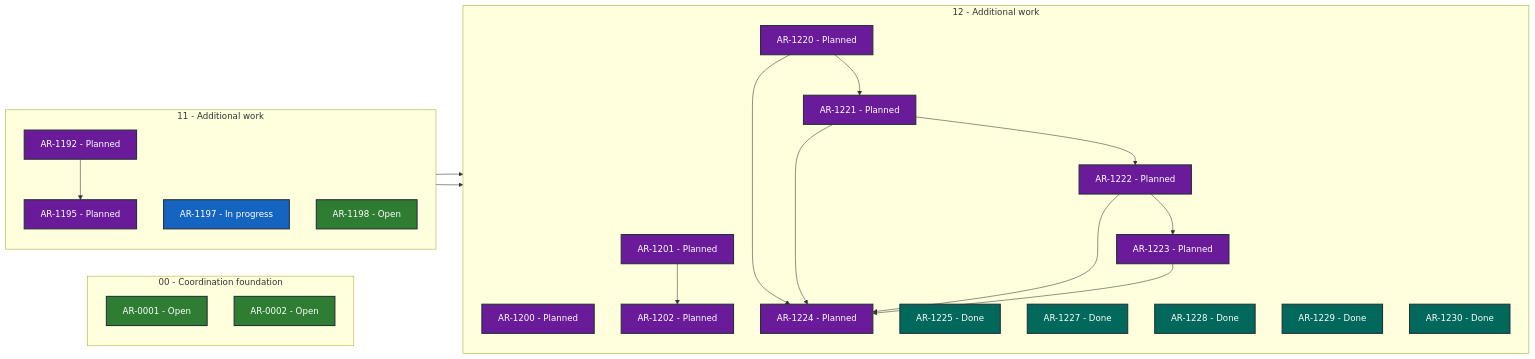
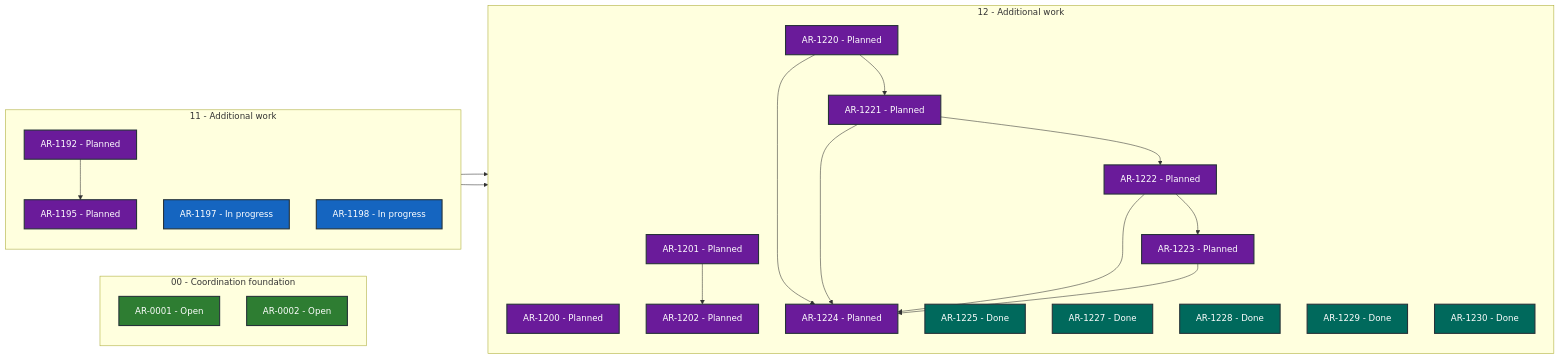
The diagram in STATUS.md (martin-beck/asb-tui-state), drawn with Mermaid before and after one commit. The commit also changed other lines of this file and 2 other files, not shown here.

````diff
--- a/STATUS.md
+++ b/STATUS.md
@@ -27,50 +27,50 @@
 ```mermaid
 flowchart LR
     subgraph series_00["00 - Coordination foundation"]
         direction TB
         AR_0001["AR-0001 - Open"]:::status_open
         AR_0002["AR-0002 - Open"]:::status_open
     end
     subgraph series_11["11 - Additional work"]
         direction TB
         AR_1192["AR-1192 - Planned"]:::status_planned
         AR_1195["AR-1195 - Planned"]:::status_planned
         AR_1197["AR-1197 - In progress"]:::status_in_progress
-        AR_1198["AR-1198 - Open"]:::status_open
+        AR_1198["AR-1198 - In progress"]:::status_in_progress
     end
     subgraph series_12["12 - Additional work"]
         direction TB
         AR_1200["AR-1200 - Planned"]:::status_planned
         AR_1201["AR-1201 - Planned"]:::status_planned
         AR_1202["AR-1202 - Planned"]:::status_planned
         AR_1220["AR-1220 - Planned"]:::status_planned
         AR_1221["AR-1221 - Planned"]:::status_planned
         AR_1222["AR-1222 - Planned"]:::status_planned
         AR_1223["AR-1223 - Planned"]:::status_planned
         AR_1224["AR-1224 - Planned"]:::status_planned
         AR_1225["AR-1225 - Done"]:::status_done
         AR_1227["AR-1227 - Done"]:::status_done
         AR_1228["AR-1228 - Done"]:::status_done
         AR_1229["AR-1229 - Done"]:::status_done
         AR_1230["AR-1230 - Done"]:::status_done
     end
     AR_1192 --> AR_1195
     AR_1195 --> AR_1200
     AR_1197 --> AR_1201
     AR_1201 --> AR_1202
     AR_1220 --> AR_1221
     AR_1220 --> AR_1224
     AR_1221 --> AR_1222
     AR_1221 --> AR_1224
     AR_1222 --> AR_1223
     AR_1222 --> AR_1224
     AR_1223 --> AR_1224
     classDef status_in_progress fill:#1565c0,color:#ffffff,stroke:#263238,stroke-width:2px
     classDef status_open fill:#2e7d32,color:#ffffff,stroke:#263238,stroke-width:2px
     classDef status_blocked fill:#c62828,color:#ffffff,stroke:#263238,stroke-width:2px
     classDef status_planned fill:#6a1b9a,color:#ffffff,stroke:#263238,stroke-width:2px
     classDef status_future fill:#455a64,color:#ffffff,stroke:#263238,stroke-width:2px
     classDef status_done fill:#00695c,color:#ffffff,stroke:#263238,stroke-width:2px
     classDef status_cancelled fill:#616161,color:#ffffff,stroke:#263238,stroke-width:2px
     classDef status_superseded fill:#5d4037,color:#ffffff,stroke:#263238,stroke-width:2px
 ```
````
